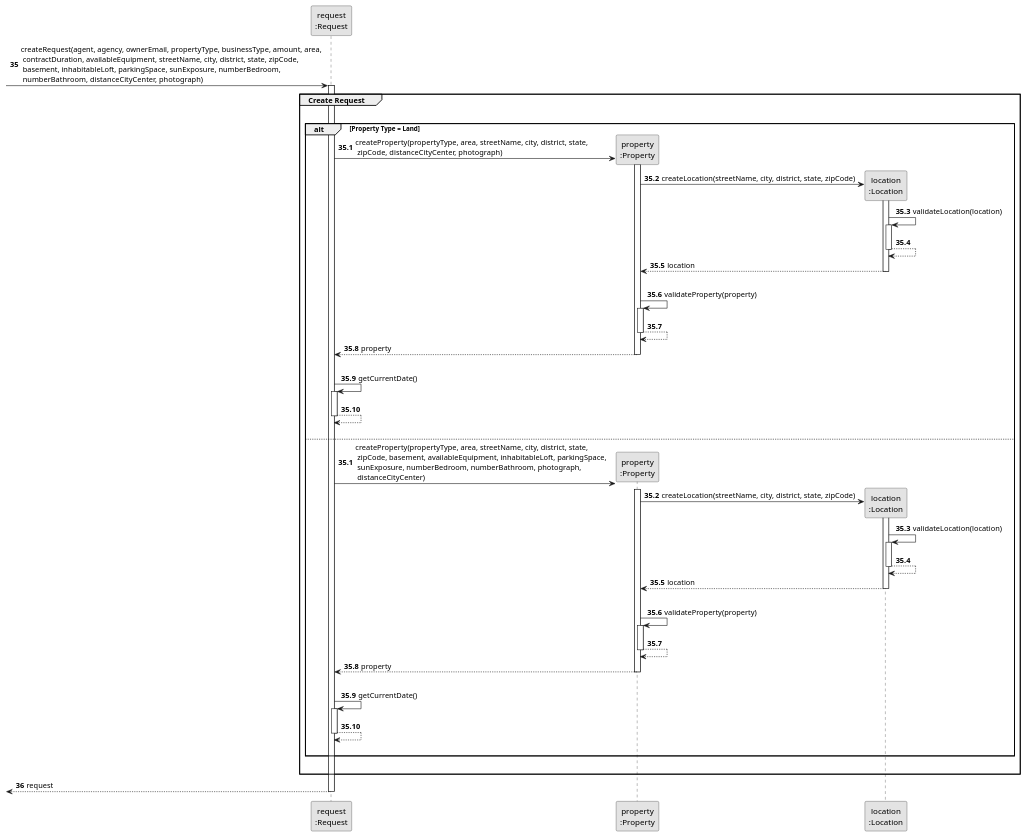
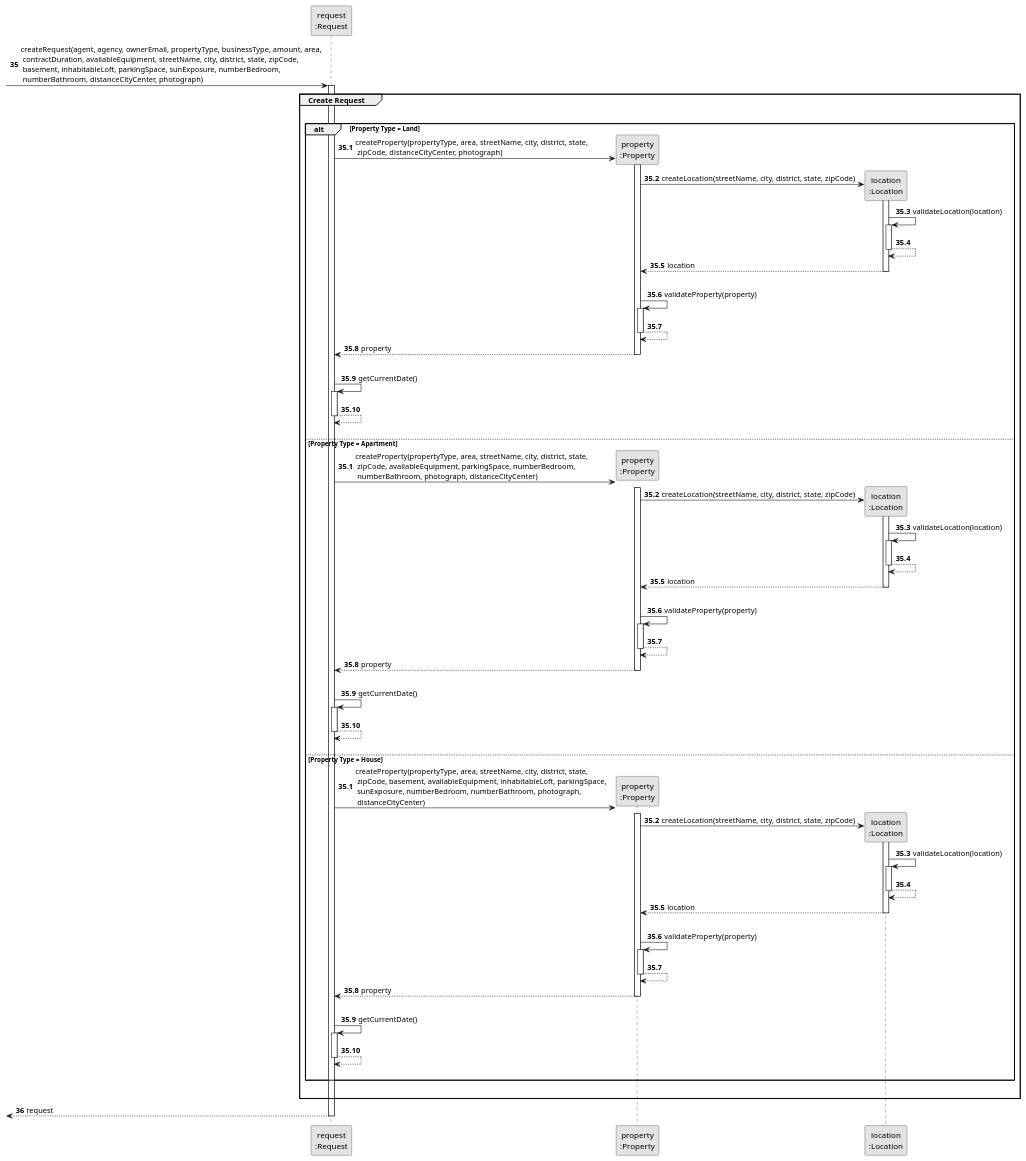
The diagram in docs/sprintB/us004/03.design/puml/us004-sequence-diagram-partial-create-request.puml (rita-barbosa/LAPR2-2223), drawn with PlantUML before and after one commit.

Commit message:
create request puml updated [UC-04] [Design]

```diff
--- a/docs/sprintB/us004/03.design/puml/us004-sequence-diagram-partial-create-request.puml
+++ b/docs/sprintB/us004/03.design/puml/us004-sequence-diagram-partial-create-request.puml
@@ -1,117 +1,161 @@
 @startuml
 
 skinparam monochrome true
 skinparam packageStyle rectangle
 skinparam shadowing false
 
 participant "request\n:Request" as REQUEST
 participant "property\n:Property" as PROPERTY
 participant "location\n:Location" as LOCATION
 
 autonumber 35
 
         -> REQUEST: createRequest(agent, agency, ownerEmail, propertyType, businessType, amount, area,\n contractDuration, availableEquipment, streetName, city, district, state, zipCode,\n basement, inhabitableLoft, parkingSpace, sunExposure, numberBedroom,\n numberBathroom, distanceCityCenter, photograph)
         activate REQUEST
 
             group Create Request
 
             |||
                 alt Property Type = Land
 
                 autonumber 35.1
 
                 REQUEST -> PROPERTY** : createProperty(propertyType, area, streetName, city, district, state,\n zipCode, distanceCityCenter, photograph)
 
                                 activate PROPERTY
 
                                PROPERTY -> LOCATION** : createLocation(streetName, city, district, state, zipCode)
 
                                activate LOCATION
 
                                LOCATION -> LOCATION : validateLocation(location)
 
                                    activate LOCATION
 
                                    LOCATION --> LOCATION
 
                                    deactivate LOCATION
 
                                LOCATION --> PROPERTY : location
 
                                deactivate LOCATION
 
                                |||
                                PROPERTY -> PROPERTY : validateProperty(property)
 
                                     activate PROPERTY
 
                                     PROPERTY --> PROPERTY
 
                                     deactivate PROPERTY
 
                                PROPERTY --> REQUEST : property
 
                                deactivate PROPERTY
 
                                 |||
                                REQUEST -> REQUEST : getCurrentDate()
                                activate REQUEST
 
                                REQUEST --> REQUEST :
                                deactivate REQUEST
                 |||
-                else
+                else Property Type = Apartment
 
                 autonumber 35.1
+
+                REQUEST -> PROPERTY** : createProperty(propertyType, area, streetName, city, district, state,\n zipCode, availableEquipment, parkingSpace, numberBedroom,\n numberBathroom, photograph, distanceCityCenter)
+
+                activate PROPERTY
+
+               PROPERTY -> LOCATION** : createLocation(streetName, city, district, state, zipCode)
+
+               activate LOCATION
+
+               LOCATION -> LOCATION : validateLocation(location)
+
+                   activate LOCATION
+
+                   LOCATION --> LOCATION
+
+                   deactivate LOCATION
+
+               LOCATION --> PROPERTY : location
+
+               deactivate LOCATION
+
+               |||
+               PROPERTY -> PROPERTY : validateProperty(property)
+
+                    activate PROPERTY
+
+                    PROPERTY --> PROPERTY
+
+                    deactivate PROPERTY
+
+               PROPERTY --> REQUEST : property
+
+               deactivate PROPERTY
+
+                |||
+               REQUEST -> REQUEST : getCurrentDate()
+               activate REQUEST
+
+               REQUEST --> REQUEST :
+               deactivate REQUEST
+
+            |||
+            else Property Type = House
+
+            autonumber 35.1
 
                 REQUEST -> PROPERTY** : createProperty(propertyType, area, streetName, city, district, state,\n zipCode, basement, availableEquipment, inhabitableLoft, parkingSpace,\n sunExposure, numberBedroom, numberBathroom, photograph,\n distanceCityCenter)
 
                 activate PROPERTY
 
                PROPERTY -> LOCATION** : createLocation(streetName, city, district, state, zipCode)
 
                activate LOCATION
 
                LOCATION -> LOCATION : validateLocation(location)
 
                    activate LOCATION
 
                    LOCATION --> LOCATION
 
                    deactivate LOCATION
 
                LOCATION --> PROPERTY : location
 
                deactivate LOCATION
 
                |||
                PROPERTY -> PROPERTY : validateProperty(property)
 
                     activate PROPERTY
 
                     PROPERTY --> PROPERTY
 
                     deactivate PROPERTY
 
                PROPERTY --> REQUEST : property
 
                deactivate PROPERTY
 
                 |||
                REQUEST -> REQUEST : getCurrentDate()
                activate REQUEST
 
                REQUEST --> REQUEST :
                deactivate REQUEST
-
             |||
             end alt
 
         |||
         end group
 
         autonumber 36
 
         <-- REQUEST : request
         deactivate REQUEST
 @enduml
```
